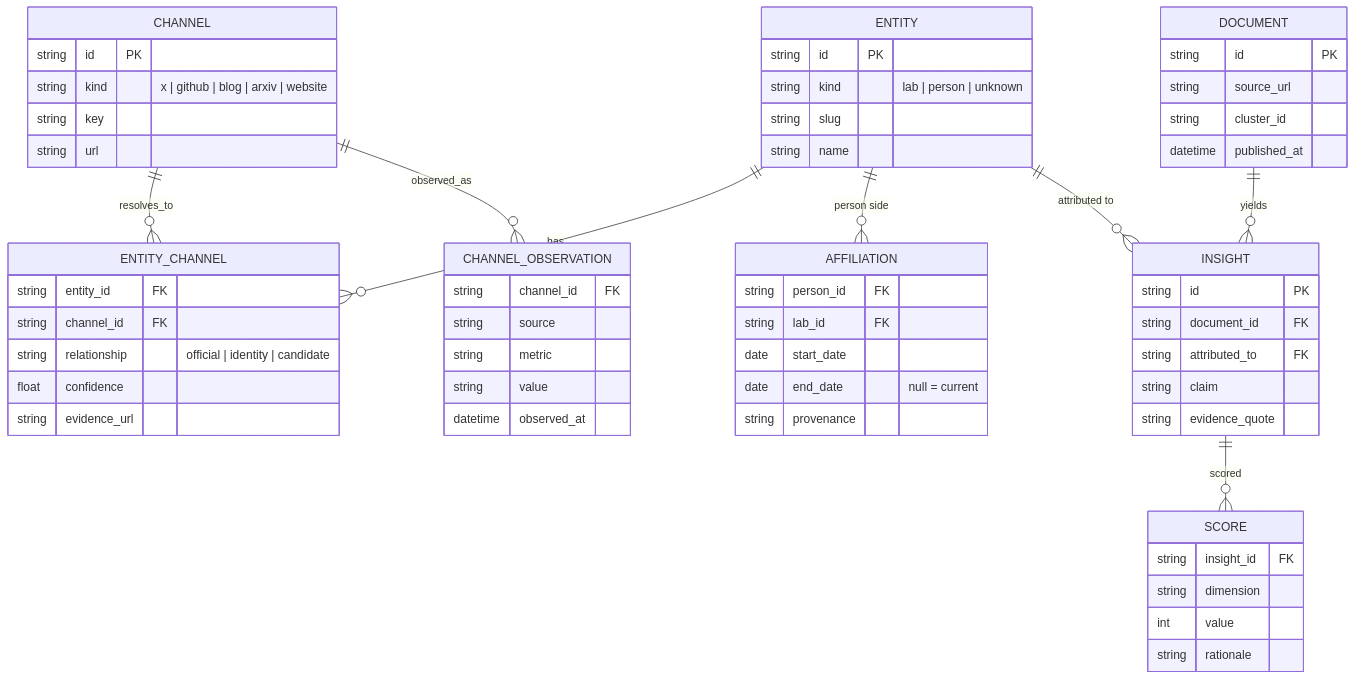
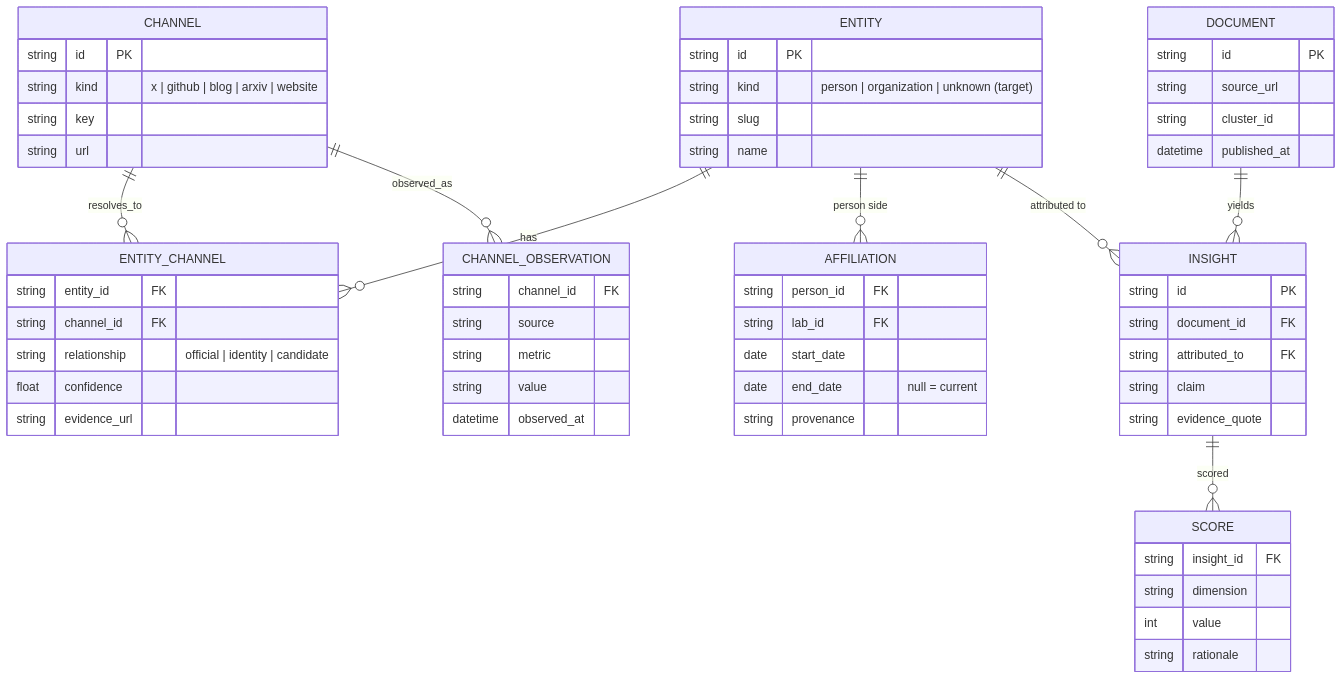
The fifth of 5 diagrams in docs/architecture/overview.md (AdithyanI/frontier-lab-intelligence), drawn with Mermaid before and after one commit. The commit also changed other lines of this file and 8 other files, not shown here.

````diff
--- a/docs/architecture/overview.md
+++ b/docs/architecture/overview.md
@@ -367,63 +399,63 @@
 ```mermaid
 erDiagram
     ENTITY {
         string id PK
-        string kind "lab | person | unknown"
+        string kind "person | organization | unknown (target)"
         string slug
         string name
     }
     CHANNEL {
         string id PK
         string kind "x | github | blog | arxiv | website"
         string key
         string url
     }
     ENTITY_CHANNEL {
         string entity_id FK
         string channel_id FK
         string relationship "official | identity | candidate"
         float confidence
         string evidence_url
     }
     CHANNEL_OBSERVATION {
         string channel_id FK
         string source
         string metric
         string value
         datetime observed_at
     }
     AFFILIATION {
         string person_id FK
         string lab_id FK
         date start_date
         date end_date "null = current"
         string provenance
     }
     DOCUMENT {
         string id PK
         string source_url
         string cluster_id
         datetime published_at
     }
     INSIGHT {
         string id PK
         string document_id FK
         string attributed_to FK
         string claim
         string evidence_quote
     }
     SCORE {
         string insight_id FK
         string dimension
         int value
         string rationale
     }
 
     ENTITY ||--o{ ENTITY_CHANNEL : has
     CHANNEL ||--o{ ENTITY_CHANNEL : resolves_to
     CHANNEL ||--o{ CHANNEL_OBSERVATION : observed_as
     ENTITY ||--o{ AFFILIATION : "person side"
     ENTITY ||--o{ INSIGHT : "attributed to"
     DOCUMENT ||--o{ INSIGHT : yields
     INSIGHT ||--o{ SCORE : scored
 ```
````
